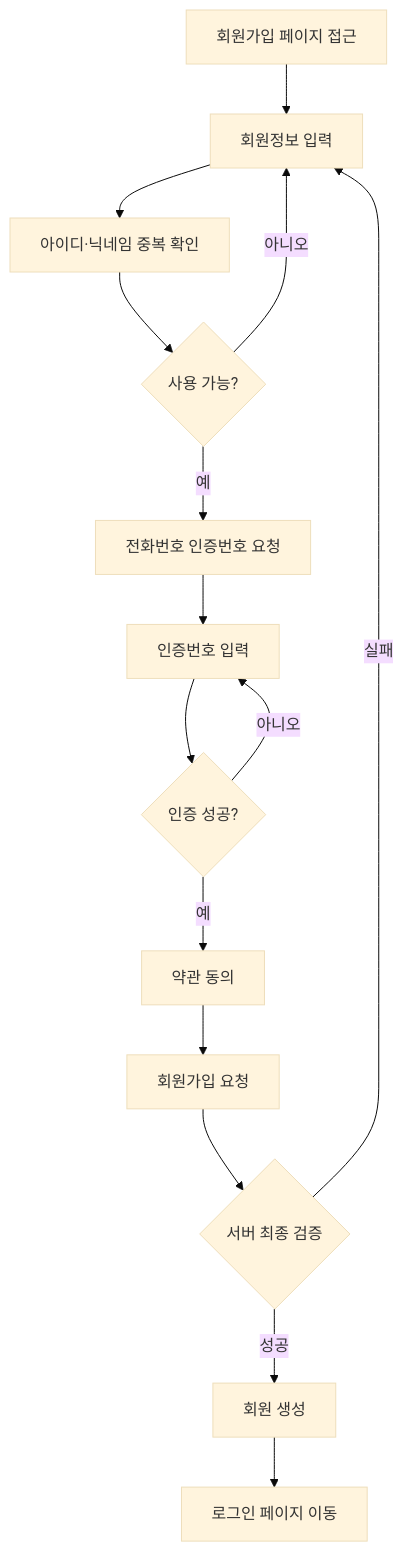
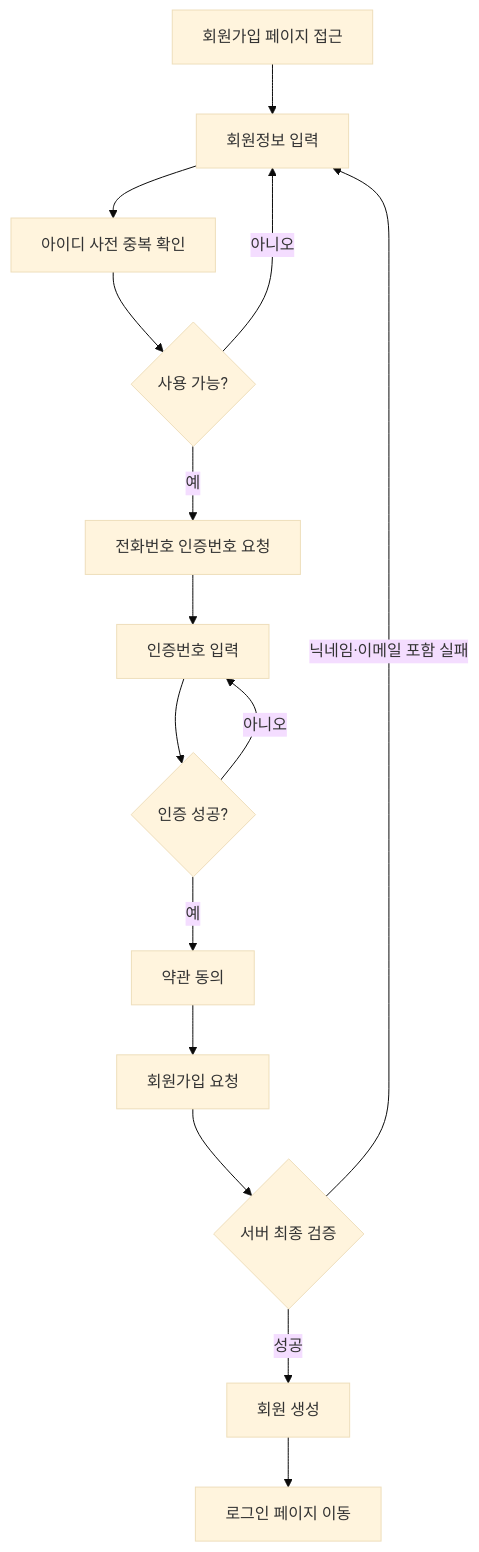
Before and after one commit to hurwan0629/potato-land: the diagram in docs/Potato-Land-Docs/02. 사용자 플로우/회원가입 플로우.md, drawn with Mermaid (base theme). The commit also changed other lines of this file and 44 other files, not shown here.

````diff
--- a/docs/Potato-Land-Docs/02. 사용자 플로우/회원가입 플로우.md
+++ b/docs/Potato-Land-Docs/02. 사용자 플로우/회원가입 플로우.md
@@ -1,24 +1,24 @@
 ```mermaid
 
 flowchart TD
     A[회원가입 페이지 접근] --> B[회원정보 입력]
-    B --> C[아이디·닉네임 중복 확인]
+    B --> C[아이디 사전 중복 확인]
     C --> D{사용 가능?}
 
     D -- 아니오 --> B
     D -- 예 --> E[전화번호 인증번호 요청]
 
     E --> F[인증번호 입력]
     F --> G{인증 성공?}
 
     G -- 아니오 --> F
     G -- 예 --> H[약관 동의]
     H --> I[회원가입 요청]
 
     I --> J{서버 최종 검증}
-    J -- 실패 --> B
+    J -- 닉네임·이메일 포함 실패 --> B
     J -- 성공 --> K[회원 생성]
 
     K --> L[로그인 페이지 이동]
     
 ```
````
